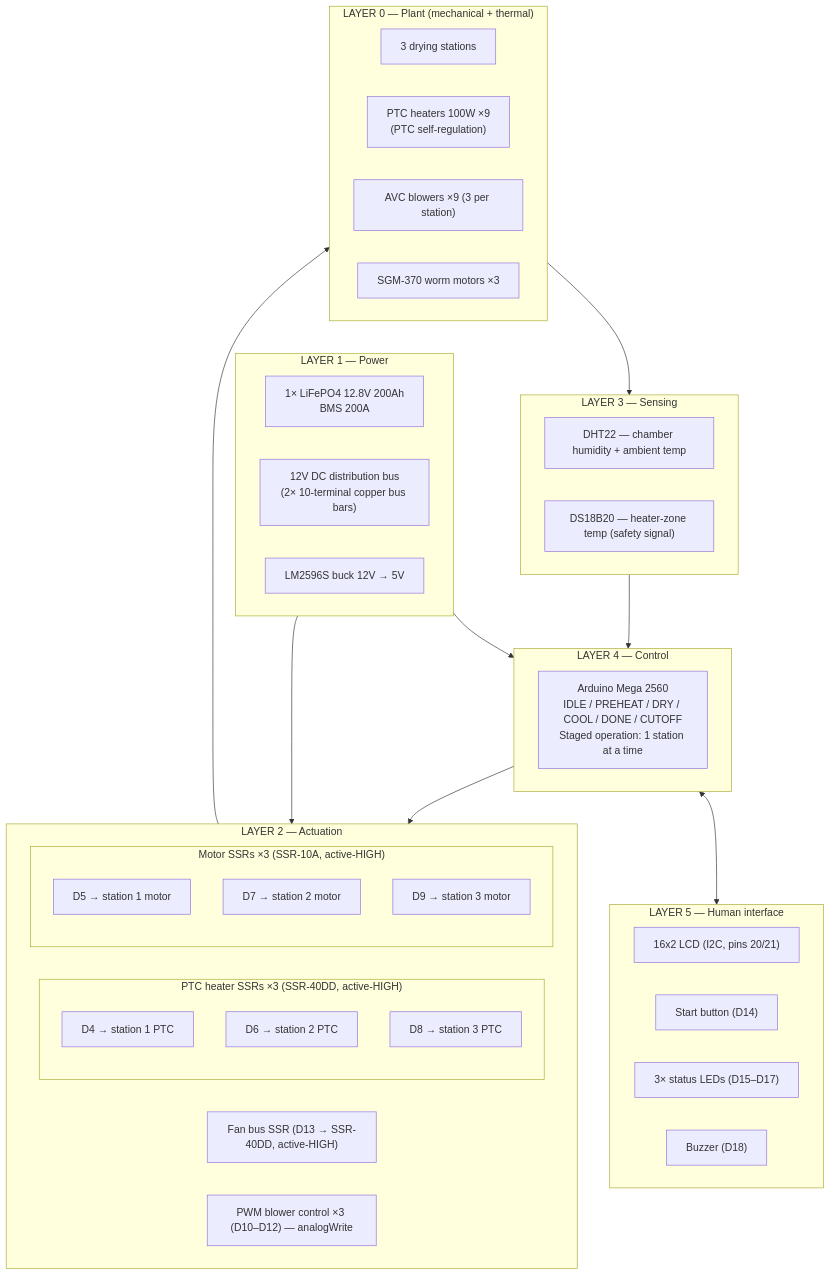
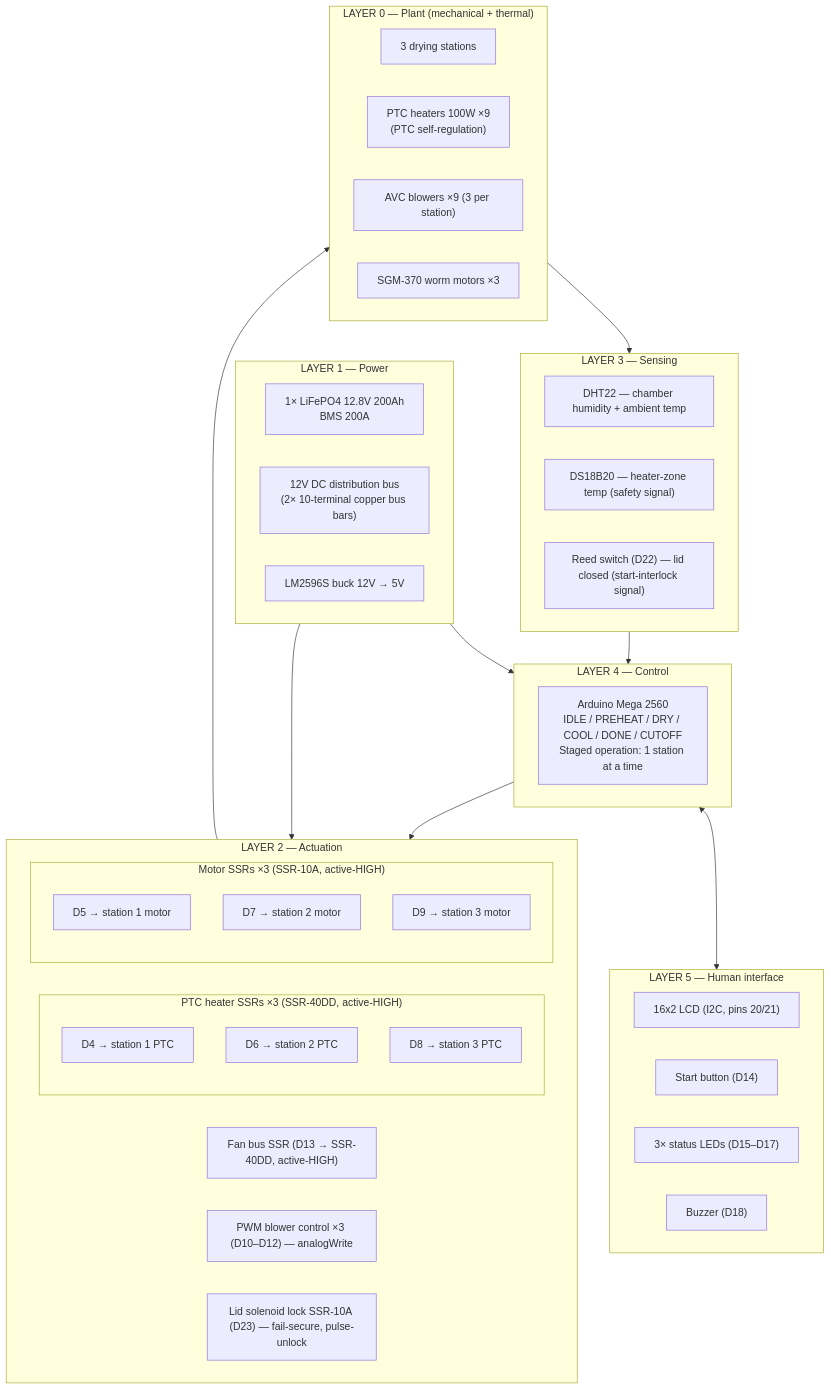
The first of 4 diagrams in docs/SYSTEM-ARCHITECTURE.md (qppd/umbrella-dryer-v2), drawn with Mermaid before and after one commit. The commit also changed other lines of this file and 18 other files, not shown here.

First line of the commit message:
Rev 10: Add lid safety interlock (reed switch D22 + solenoid lock D23)

````diff
--- a/docs/SYSTEM-ARCHITECTURE.md
+++ b/docs/SYSTEM-ARCHITECTURE.md
@@ -7,54 +7,56 @@
 ```mermaid
 flowchart TD
     subgraph L5["LAYER 5 — Human interface"]
         LCD["16x2 LCD (I2C, pins 20/21)"]
         BTN["Start button (D14)"]
         LED["3× status LEDs (D15–D17)"]
         BUZ["Buzzer (D18)"]
     end
 
     subgraph L4["LAYER 4 — Control"]
         FW["Arduino Mega 2560<br/>IDLE / PREHEAT / DRY / COOL / DONE / CUTOFF<br/>Staged operation: 1 station at a time"]
     end
 
     subgraph L3["LAYER 3 — Sensing"]
         DHT["DHT22 — chamber humidity + ambient temp"]
         DS["DS18B20 — heater-zone temp (safety signal)"]
+        REED["Reed switch (D22) — lid closed (start-interlock signal)"]
     end
 
     subgraph L2["LAYER 2 — Actuation"]
         subgraph PTC_SSR["PTC heater SSRs ×3 (SSR-40DD, active-HIGH)"]
             PR1["D4 → station 1 PTC"]
             PR2["D6 → station 2 PTC"]
             PR3["D8 → station 3 PTC"]
         end
         subgraph MOT_SSR["Motor SSRs ×3 (SSR-10A, active-HIGH)"]
             MR1["D5 → station 1 motor"]
             MR2["D7 → station 2 motor"]
             MR3["D9 → station 3 motor"]
         end
         FAN_SSR["Fan bus SSR (D13 → SSR-40DD, active-HIGH)"]
         PWM_FAN["PWM blower control ×3 (D10–D12) — analogWrite"]
+        SOL["Lid solenoid lock SSR-10A (D23) — fail-secure, pulse-unlock"]
     end
 
     subgraph L1["LAYER 1 — Power"]
         BANK["1× LiFePO4 12.8V 200Ah<br/>BMS 200A"]
         BUS["12V DC distribution bus<br/>(2× 10-terminal copper bus bars)"]
         BUCK["LM2596S buck 12V → 5V"]
     end
 
     subgraph L0["LAYER 0 — Plant (mechanical + thermal)"]
         CH["3 drying stations"]
         PTC_ALL["PTC heaters 100W ×9<br/>(PTC self-regulation)"]
         BLOW_ALL["AVC blowers ×9 (3 per station)"]
         MOT_ALL["SGM-370 worm motors ×3"]
     end
 
     L0 --> L3
     L3 --> L4
     L4 --> L2
     L2 --> L0
     L1 --> L2
     L1 --> L4
     L4 <--> L5
 ```
````
